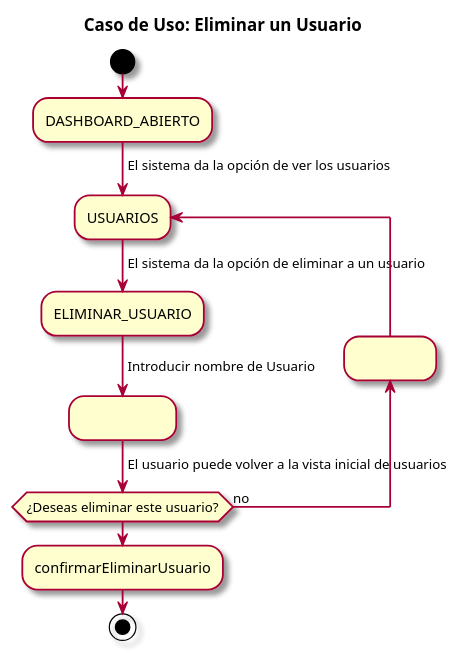
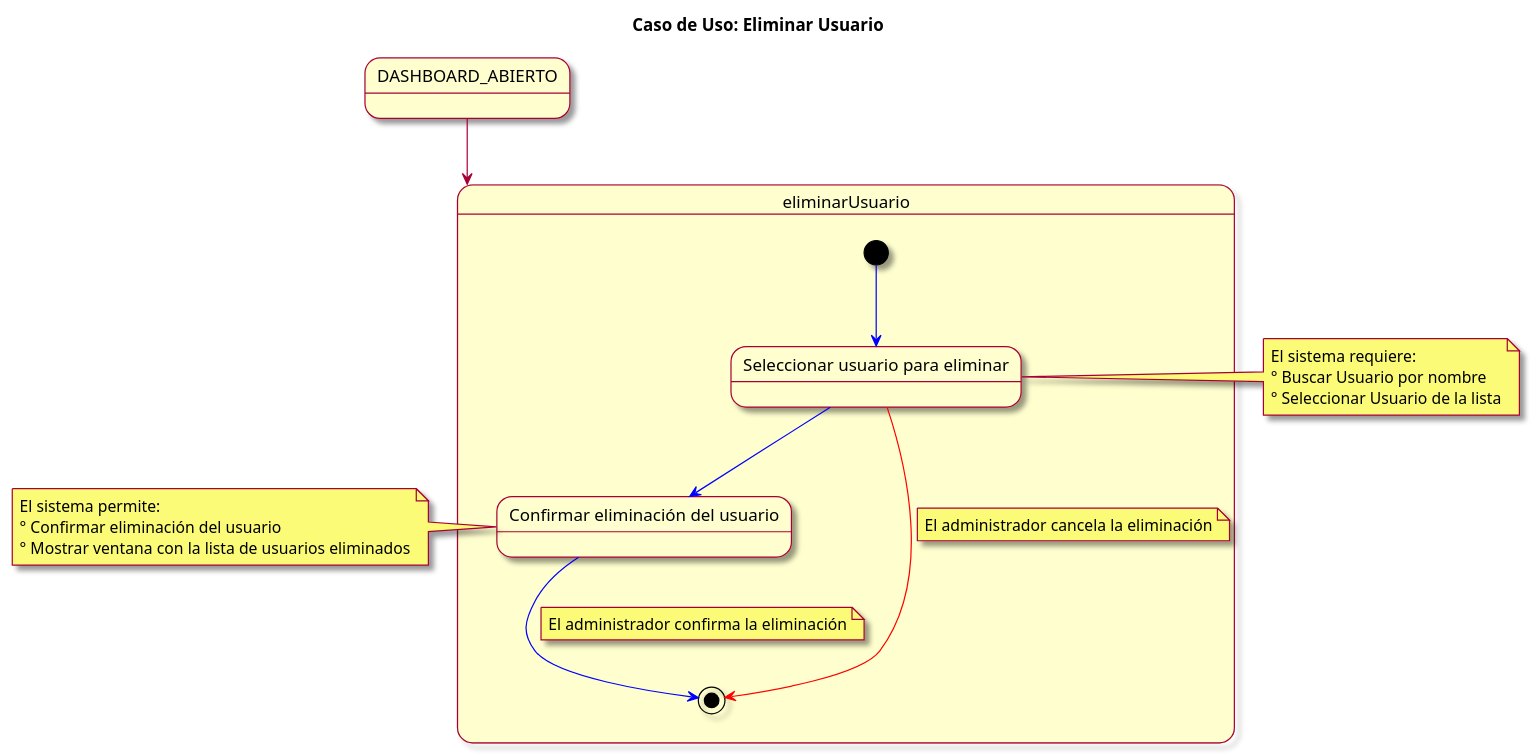
The diagram in modelosUML/casosDeUso/detalles/eliminarUsuario.puml (mmasias/23-24-IdSw1-SDR), drawn with PlantUML before and after one commit.

```diff
--- a/modelosUML/casosDeUso/detalles/eliminarUsuario.puml
+++ b/modelosUML/casosDeUso/detalles/eliminarUsuario.puml
@@ -1,19 +1,33 @@
-@startuml Eliminar usuario
+@startuml
 skin rose
-title Caso de Uso: Eliminar un Usuario
+title Caso de Uso: Eliminar Usuario
 
-start
-:DASHBOARD_ABIERTO;
--> El sistema da la opción de ver los usuarios;
-repeat :USUARIOS;
--> El sistema da la opción de eliminar a un usuario;
-:ELIMINAR_USUARIO;
-backward:                  ;
--> Introducir nombre de Usuario;
-:                      ;
--> El usuario puede volver a la vista inicial de usuarios;
-repeat while (¿Deseas eliminar este usuario?) is (no)
-  :confirmarEliminarUsuario;
-stop
+state DASHBOARD_ABIERTO
+
+DASHBOARD_ABIERTO --> eliminarUsuario
+
+state eliminarUsuario {
+  [*] -[#blue]-> seleccionarUsuario
+  state "Seleccionar usuario para eliminar" as seleccionarUsuario
+  seleccionarUsuario -[#blue]-> confirmarEliminarUsuario
+  state "Confirmar eliminación del usuario" as confirmarEliminarUsuario
+  confirmarEliminarUsuario -[#blue]-> [*]
+  note on link: El administrador confirma la eliminación
+  
+  seleccionarUsuario -[#red]-> [*]
+  note on link: El administrador cancela la eliminación
+}
+
+note left of confirmarEliminarUsuario
+  El sistema permite:
+  ° Confirmar eliminación del usuario
+  ° Mostrar ventana con la lista de usuarios eliminados
+end note
+
+note left of seleccionarUsuario
+  El sistema requiere:
+  ° Buscar Usuario por nombre
+  ° Seleccionar Usuario de la lista
+end note
 
 @enduml
```
